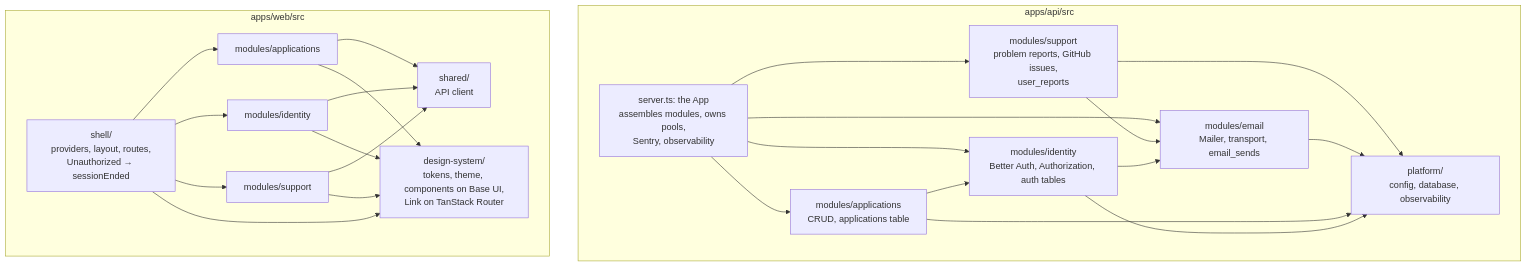
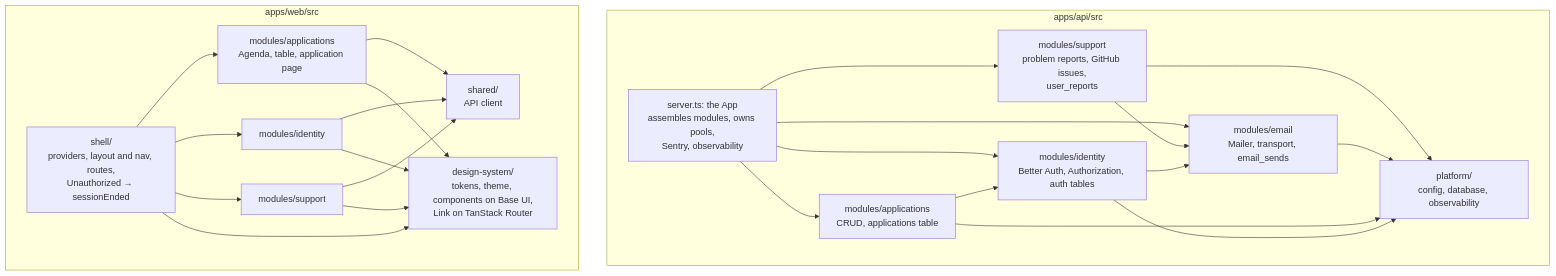
The second of 8 diagrams in docs/architecture.md (brianpatterson/roundtable), drawn with Mermaid before and after one commit. The commit also changed other lines of this file and 2 other files, not shown here.

Commit message:
docs: the Agenda's routes, glossary entry and roadmap step

````diff
--- a/docs/architecture.md
+++ b/docs/architecture.md
@@ -74,21 +74,21 @@
 ```mermaid
 flowchart TB
   subgraph api[apps/api/src]
     server[server.ts: the App<br/>assembles modules, owns pools,<br/>Sentry, observability] --> applications & identity & email & support
     applications[modules/applications<br/>CRUD, applications table] --> identity
     support[modules/support<br/>problem reports, GitHub issues,<br/>user_reports] --> email
     support --> platform
     identity[modules/identity<br/>Better Auth, Authorization, auth tables] --> email
     email[modules/email<br/>Mailer, transport, email_sends] --> platform
     applications --> platform
     identity --> platform
     platform[platform/<br/>config, database, observability]
   end
   subgraph web[apps/web/src]
-    shell[shell/<br/>providers, layout, routes,<br/>Unauthorized → sessionEnded] --> wapps[modules/applications] & wid[modules/identity] & wsup[modules/support]
+    shell[shell/<br/>providers, layout and nav, routes,<br/>Unauthorized → sessionEnded] --> wapps[modules/applications<br/>Agenda, table, application page] & wid[modules/identity] & wsup[modules/support]
     wapps --> wshared[shared/<br/>API client]
     wid --> wshared
     wsup --> wshared
     shell & wapps & wid & wsup --> ds[design-system/<br/>tokens, theme, components on Base UI,<br/>Link on TanStack Router]
   end
 ```
````
